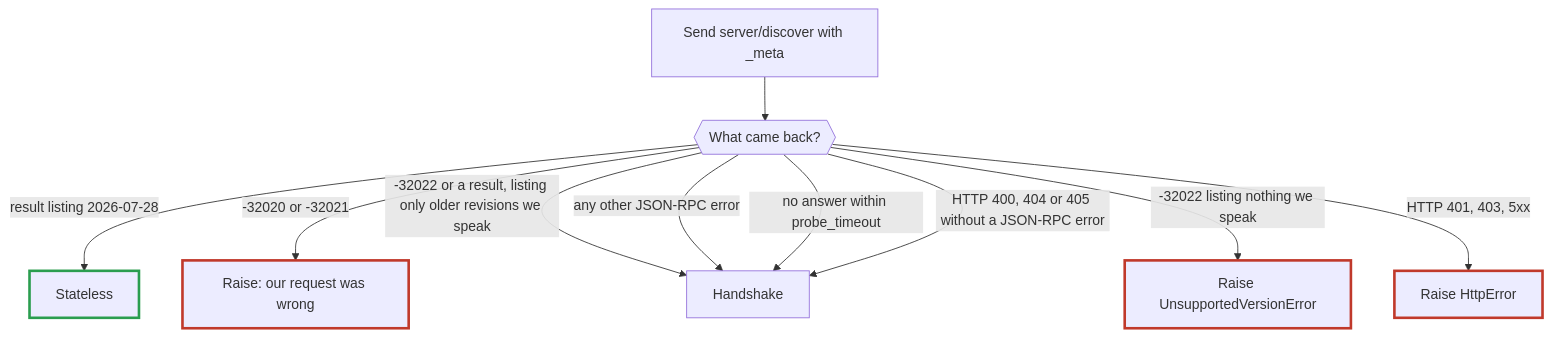
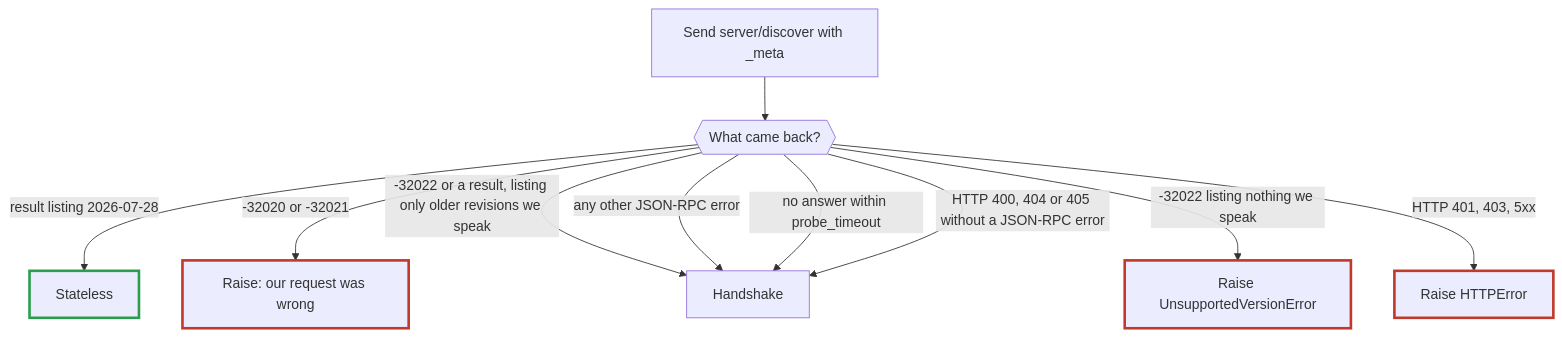
One commit to nogginly/mcpc.cr changed the second of 5 diagrams in DESIGN.md. Above: the diagram before and after it, drawn with Mermaid. The commit also changed other lines of this file and 53 other files, not shown here.

````diff
--- a/DESIGN.md
+++ b/DESIGN.md
@@ -45,16 +45,16 @@
 ```mermaid
 flowchart TD
     A[Send server/discover with _meta] --> B{{What came back?}}
     B -- "result listing 2026-07-28" --> M[Stateless]
     B -- "-32020 or -32021" --> X[Raise: our request was wrong]
     B -- "-32022 or a result, listing only older revisions we speak" --> L[Handshake]
     B -- "-32022 listing nothing we speak" --> U[Raise UnsupportedVersionError]
     B -- "any other JSON-RPC error" --> L
     B -- "no answer within probe_timeout" --> L
     B -- "HTTP 400, 404 or 405 without a JSON-RPC error" --> L
-    B -- "HTTP 401, 403, 5xx" --> Y[Raise HttpError]
+    B -- "HTTP 401, 403, 5xx" --> Y[Raise HTTPError]
     style M stroke:#2a9d4f,stroke-width:3px
     style X stroke:#c0392b,stroke-width:3px
     style U stroke:#c0392b,stroke-width:3px
     style Y stroke:#c0392b,stroke-width:3px
 ```
````
